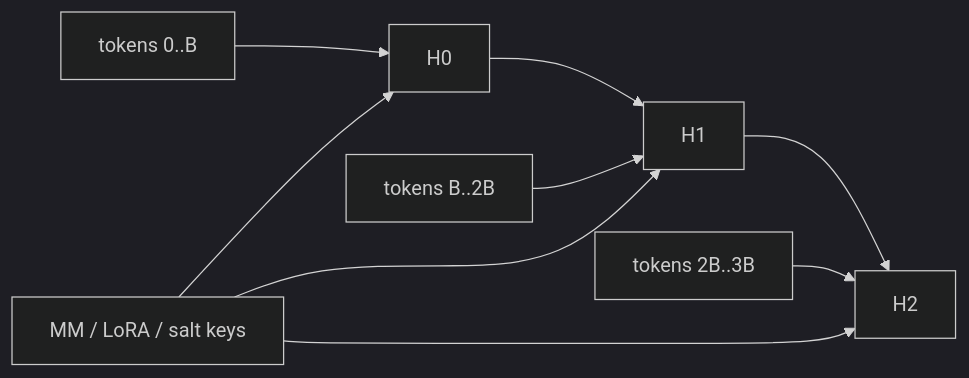
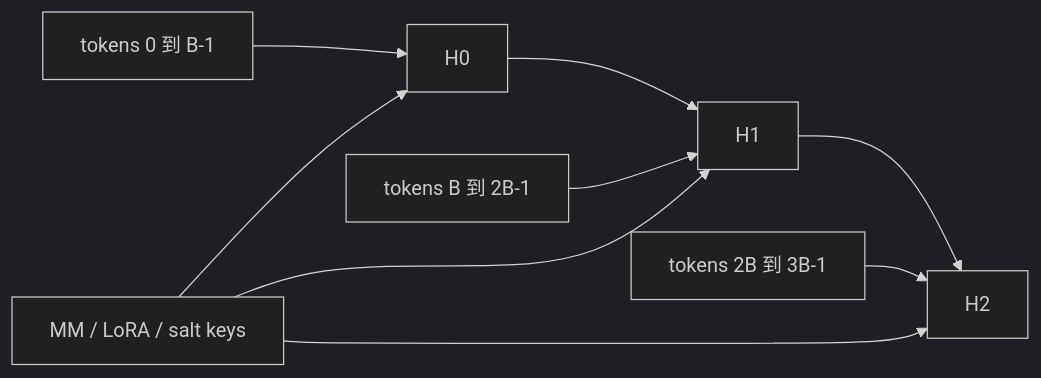
Diagram 18 of 29 in book/05-kv-cache/README.md (cluster1900/vllm_reader), drawn with Mermaid (dark theme) before and after one commit. The commit also changed other lines of this file and 38 other files, not shown here.

````diff
--- a/book/05-kv-cache/README.md
+++ b/book/05-kv-cache/README.md
@@ -824,11 +855,11 @@
 ```mermaid
 flowchart LR
-    T0[tokens 0..B] --> H0[H0]
+    T0[tokens 0 到 B-1] --> H0[H0]
     H0 --> H1[H1]
-    T1[tokens B..2B] --> H1
+    T1[tokens B 到 2B-1] --> H1
     H1 --> H2[H2]
-    T2[tokens 2B..3B] --> H2
+    T2[tokens 2B 到 3B-1] --> H2
     E[MM / LoRA / salt keys] --> H0
     E --> H1
     E --> H2
 ```
````
